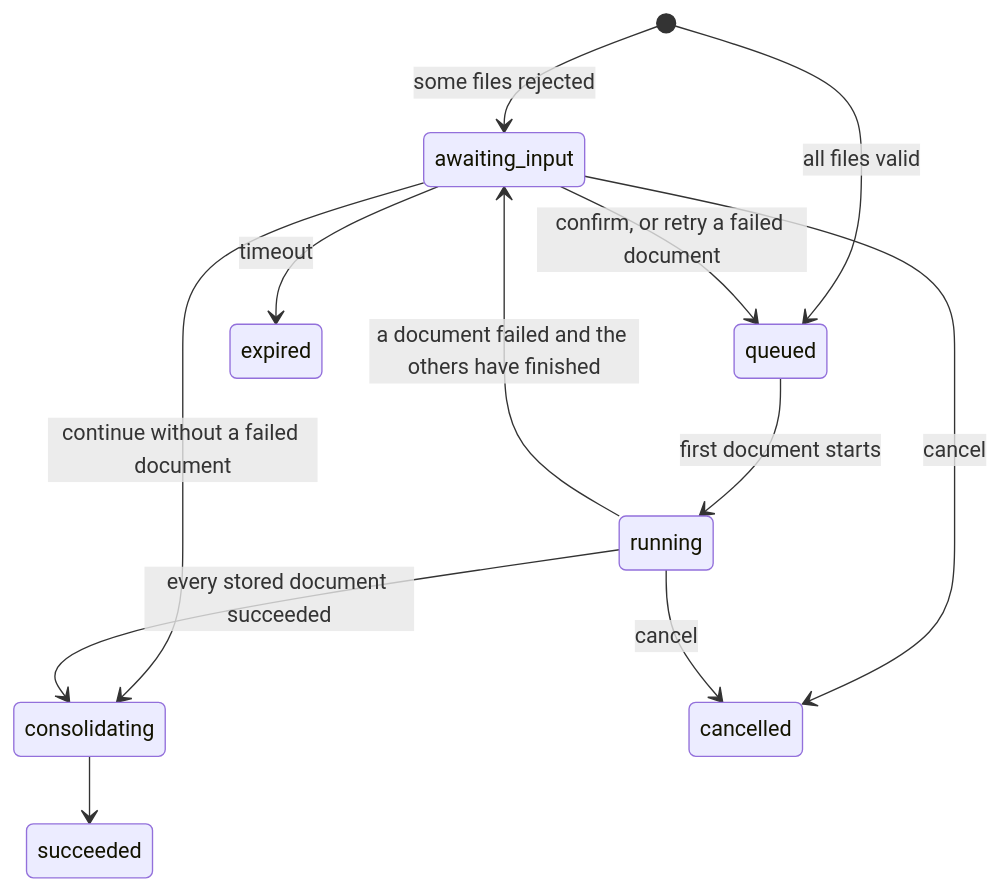
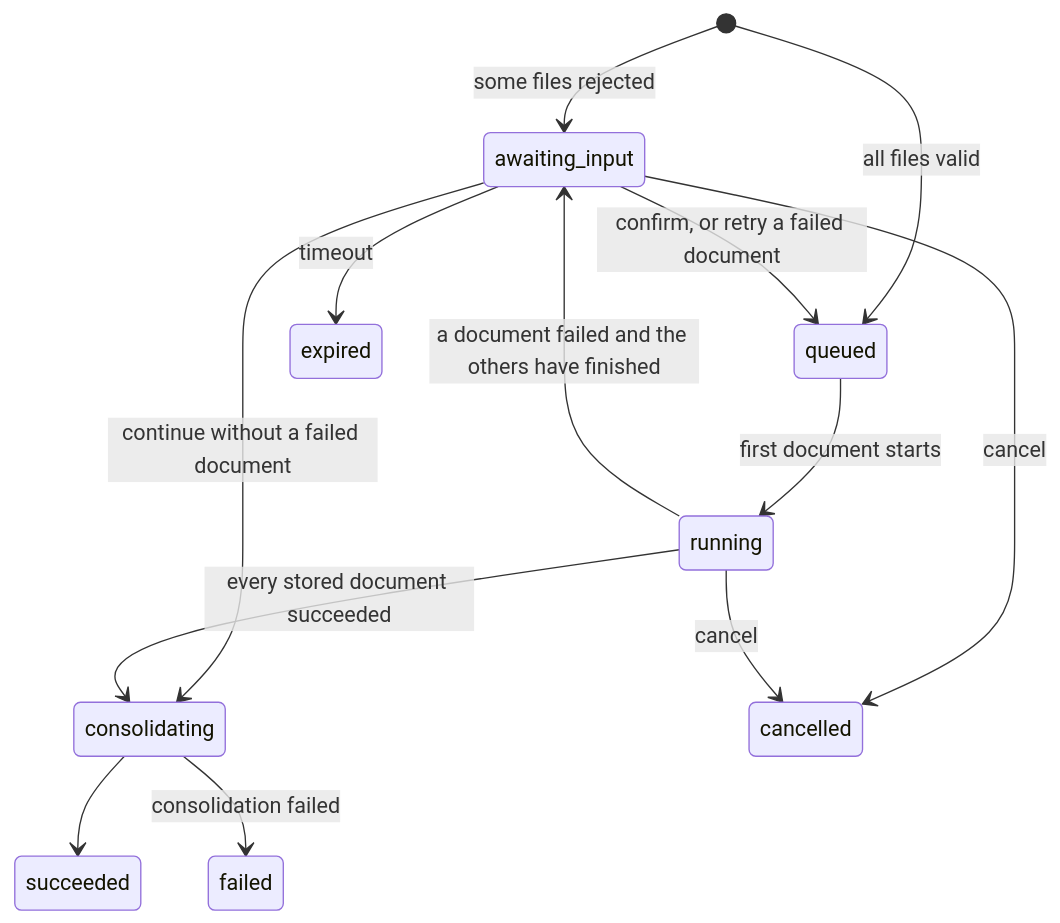
Diagram 11 of 13 in context/architecture.md (nc1z/doc-insight), drawn with Mermaid before and after one commit. The commit also changed other lines of this file and 1 other file, not shown here.

````diff
--- a/context/architecture.md
+++ b/context/architecture.md
@@ -284,14 +295,15 @@
 ```mermaid
 stateDiagram-v2
     [*] --> awaiting_input: some files rejected
     [*] --> queued: all files valid
     awaiting_input --> queued: confirm, or retry a failed document
     awaiting_input --> consolidating: continue without a failed document
     awaiting_input --> cancelled: cancel
     awaiting_input --> expired: timeout
     queued --> running: first document starts
     running --> consolidating: every stored document succeeded
     running --> awaiting_input: a document failed and the others have finished
     running --> cancelled: cancel
     consolidating --> succeeded
+    consolidating --> failed: consolidation failed
 ```
````
